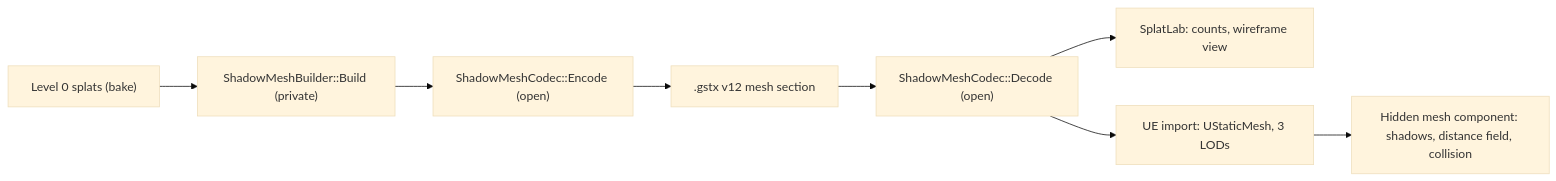
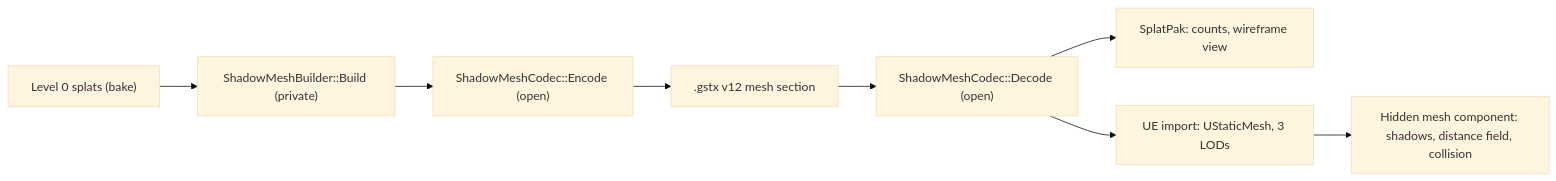
Before and after one commit to dewilkinson/splatpak: the diagram in docs/design/gstx-shadow-mesh.md, drawn with Mermaid (base theme). The commit also changed other lines of this file and 41 other files, not shown here.

First line of the commit message:
Rename SplatLab to SplatPak everywhere: the app, viewer, classes, files, executables, docs and scripts

````diff
--- a/docs/design/gstx-shadow-mesh.md
+++ b/docs/design/gstx-shadow-mesh.md
@@ -34,8 +34,8 @@
 ```mermaid
 flowchart LR
   L0["Level 0 splats (bake)"] --> B["ShadowMeshBuilder::Build (private)"]
   B --> E["ShadowMeshCodec::Encode (open)"] --> P[".gstx v12 mesh section"]
   P --> D["ShadowMeshCodec::Decode (open)"]
-  D --> S["SplatLab: counts, wireframe view"]
+  D --> S["SplatPak: counts, wireframe view"]
   D --> U["UE import: UStaticMesh, 3 LODs"] --> C["Hidden mesh component: shadows, distance field, collision"]
 ```
````
